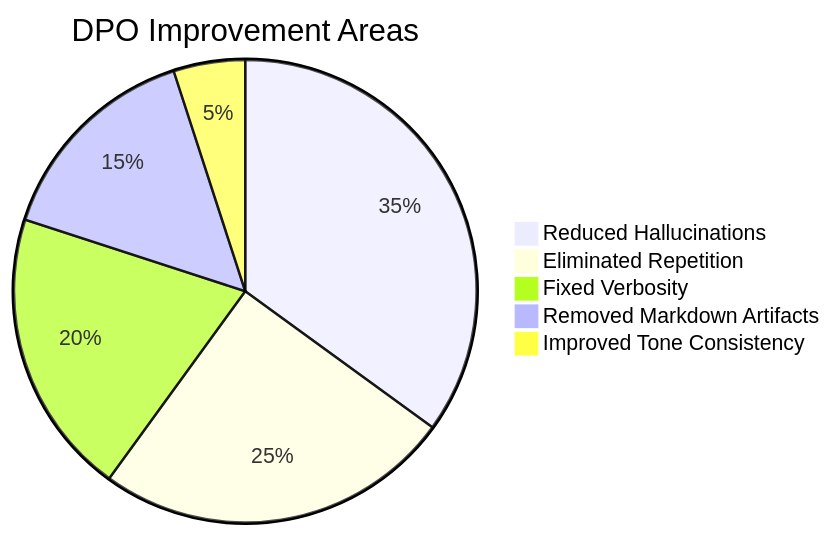
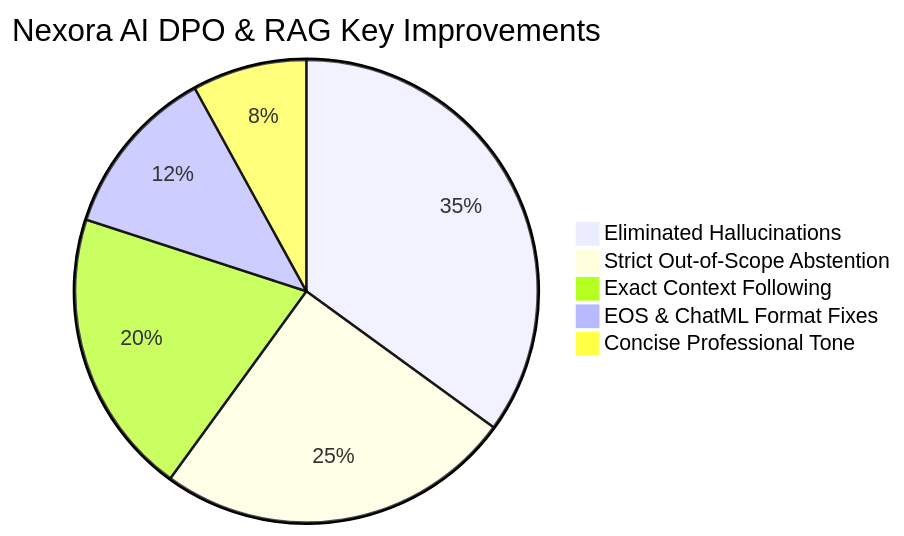
One commit to MeNoodie/NexoraAI changed the fourth of 4 diagrams in README.md. Above: the diagram before and after it, drawn with Mermaid. The commit also changed other lines of this file and 41 other files, not shown here.

Commit message:
feat: add Nexora RAG and evaluation pipeline

````diff
--- a/README.md
+++ b/README.md
@@ -128,9 +174,9 @@
 ```mermaid
 pie
-    title DPO Improvement Areas
-    "Reduced Hallucinations" : 35
-    "Eliminated Repetition" : 25
-    "Fixed Verbosity" : 20
-    "Removed Markdown Artifacts" : 15
-    "Improved Tone Consistency" : 5
+    title Nexora AI DPO & RAG Key Improvements
+    "Eliminated Hallucinations" : 35
+    "Strict Out-of-Scope Abstention" : 25
+    "Exact Context Following" : 20
+    "EOS & ChatML Format Fixes" : 12
+    "Concise Professional Tone" : 8
 ```
````
